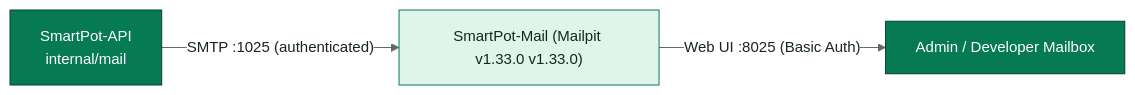
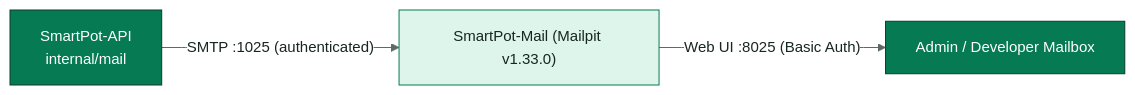
Before and after one commit to SmartPotTech/SmartPot-Mail: the second of 2 diagrams in docs/SmartPot_Mail_Documentation.md, drawn with Mermaid. The commit also changed 1 other file, not shown here.

Commit message:
docs(architecture): update and standardize architecture diagrams via archify [skip deploy] #no-deploy

````diff
--- a/docs/SmartPot_Mail_Documentation.md
+++ b/docs/SmartPot_Mail_Documentation.md
@@ -61,10 +61,10 @@
 ```mermaid
 %%{init: {"theme": "base", "fontFamily": "Segoe UI, Arial, sans-serif", "themeVariables": {"fontFamily": "Segoe UI, Arial, sans-serif", "fontSize": "15px", "primaryColor": "#DDF5EA", "primaryTextColor": "#17261F", "primaryBorderColor": "#067A52", "secondaryColor": "#E3F2FB", "secondaryTextColor": "#17261F", "secondaryBorderColor": "#1F6FA0", "tertiaryColor": "#F2F7F4", "tertiaryTextColor": "#17261F", "tertiaryBorderColor": "#D5E3DC", "lineColor": "#5B6B63", "textColor": "#17261F", "mainBkg": "#DDF5EA", "nodeBorder": "#067A52", "clusterBkg": "#F7FAF8", "clusterBorder": "#D5E3DC", "edgeLabelBackground": "#FFFFFF", "actorBkg": "#067A52", "actorBorder": "#0B3D2B", "actorTextColor": "#FFFFFF", "actorLineColor": "#5B6B63", "signalColor": "#17261F", "signalTextColor": "#17261F", "labelBoxBkgColor": "#0B3D2B", "labelBoxBorderColor": "#0B3D2B", "labelTextColor": "#FFFFFF", "loopTextColor": "#0B3D2B", "noteBkgColor": "#FDF4DD", "noteBorderColor": "#C98D12", "noteTextColor": "#17261F", "activationBkgColor": "#DDF5EA", "activationBorderColor": "#067A52", "attributeBackgroundColorOdd": "#FFFFFF", "attributeBackgroundColorEven": "#F2F7F4"}}}%%
 flowchart LR
-  api["SmartPot-API<br/>internal/mail"] -->|"SMTP :1025 (authenticated)"| mailpit["SmartPot-Mail (Mailpit v1.33.0 v1.33.0)"]
+  api["SmartPot-API<br/>internal/mail"] -->|"SMTP :1025 (authenticated)"| mailpit["SmartPot-Mail (Mailpit v1.33.0)"]
   mailpit -->|"Web UI :8025 (Basic Auth)"| admin["Admin / Developer Mailbox"]
   classDef core fill:#067A52,stroke:#0B3D2B,color:#FFFFFF
   classDef leaf fill:#DDF5EA,stroke:#067A52,color:#17261F
   class api,admin core
   class mailpit leaf
 ```
````
